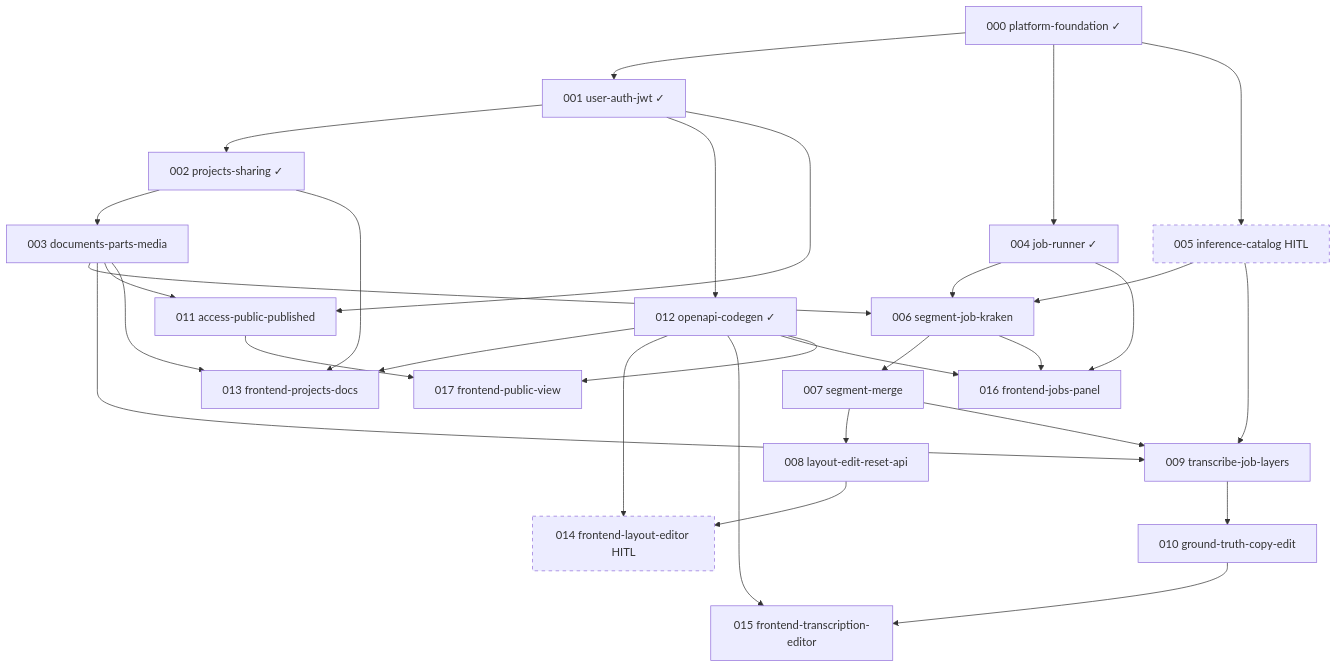
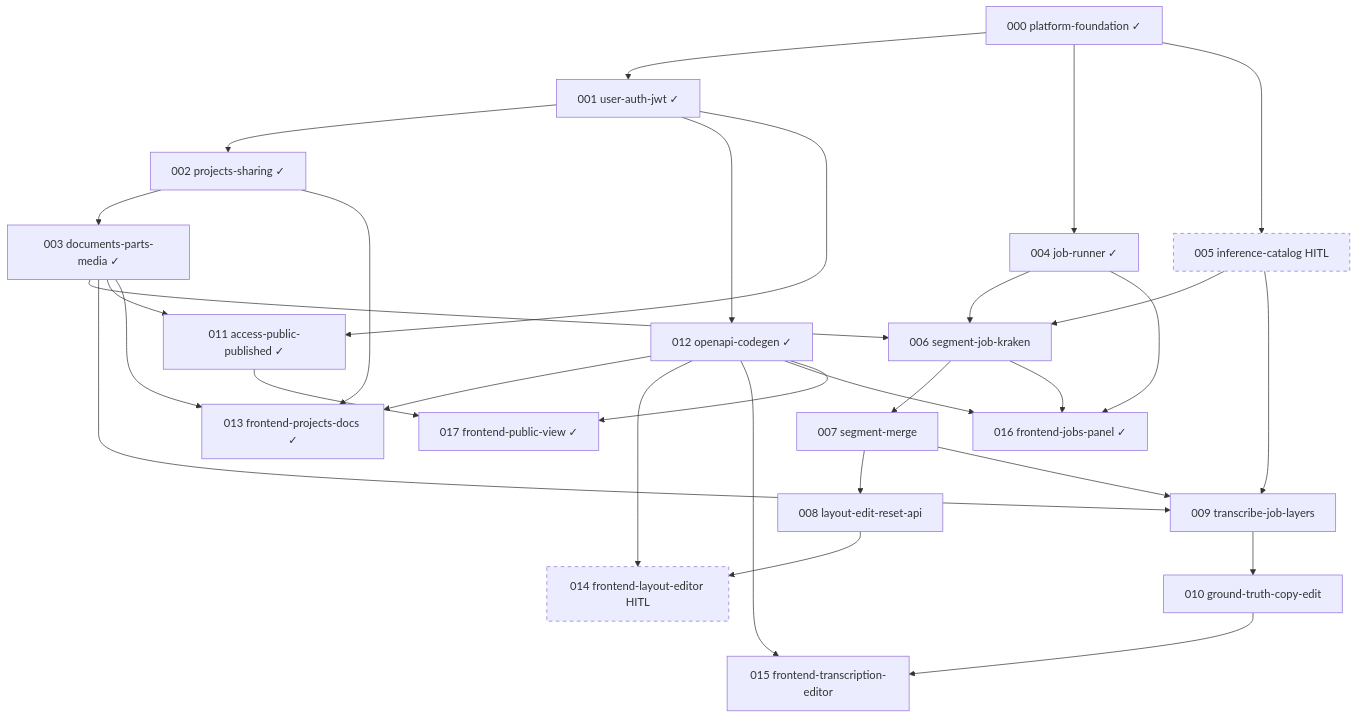
One commit to kkkamur07/greekOCR changed the diagram in issues/dag.md. Above: the diagram before and after it, drawn with Mermaid. The commit also changed other lines of this file and 4 other files, not shown here.

````diff
--- a/issues/dag.md
+++ b/issues/dag.md
@@ -42,54 +39,54 @@
 ```mermaid
 flowchart TD
   I000["000 platform-foundation ✓"]
   I001["001 user-auth-jwt ✓"]
   I002["002 projects-sharing ✓"]
   I004["004 job-runner ✓"]
   I012["012 openapi-codegen ✓"]
   I005["005 inference-catalog HITL"]
-  I003["003 documents-parts-media"]
+  I003["003 documents-parts-media ✓"]
   I006["006 segment-job-kraken"]
   I007["007 segment-merge"]
   I008["008 layout-edit-reset-api"]
   I009["009 transcribe-job-layers"]
   I010["010 ground-truth-copy-edit"]
-  I011["011 access-public-published"]
-  I013["013 frontend-projects-docs"]
+  I011["011 access-public-published ✓"]
+  I013["013 frontend-projects-docs ✓"]
   I014["014 frontend-layout-editor HITL"]
   I015["015 frontend-transcription-editor"]
-  I016["016 frontend-jobs-panel"]
-  I017["017 frontend-public-view"]
+  I016["016 frontend-jobs-panel ✓"]
+  I017["017 frontend-public-view ✓"]
 
   I000 --> I001
   I000 --> I004
   I000 --> I005
   I001 --> I002
   I001 --> I012
   I002 --> I003
   I003 --> I006
   I004 --> I006
   I005 --> I006
   I006 --> I007
   I007 --> I008
   I007 --> I009
   I005 --> I009
   I003 --> I009
   I009 --> I010
   I003 --> I011
   I001 --> I011
   I003 --> I013
   I002 --> I013
   I012 --> I013
   I008 --> I014
   I012 --> I014
   I010 --> I015
   I012 --> I015
   I004 --> I016
   I012 --> I016
   I006 --> I016
   I011 --> I017
   I012 --> I017
 
   classDef hitl stroke-dasharray: 5 5
   class I005,I014 hitl
 ```
````
